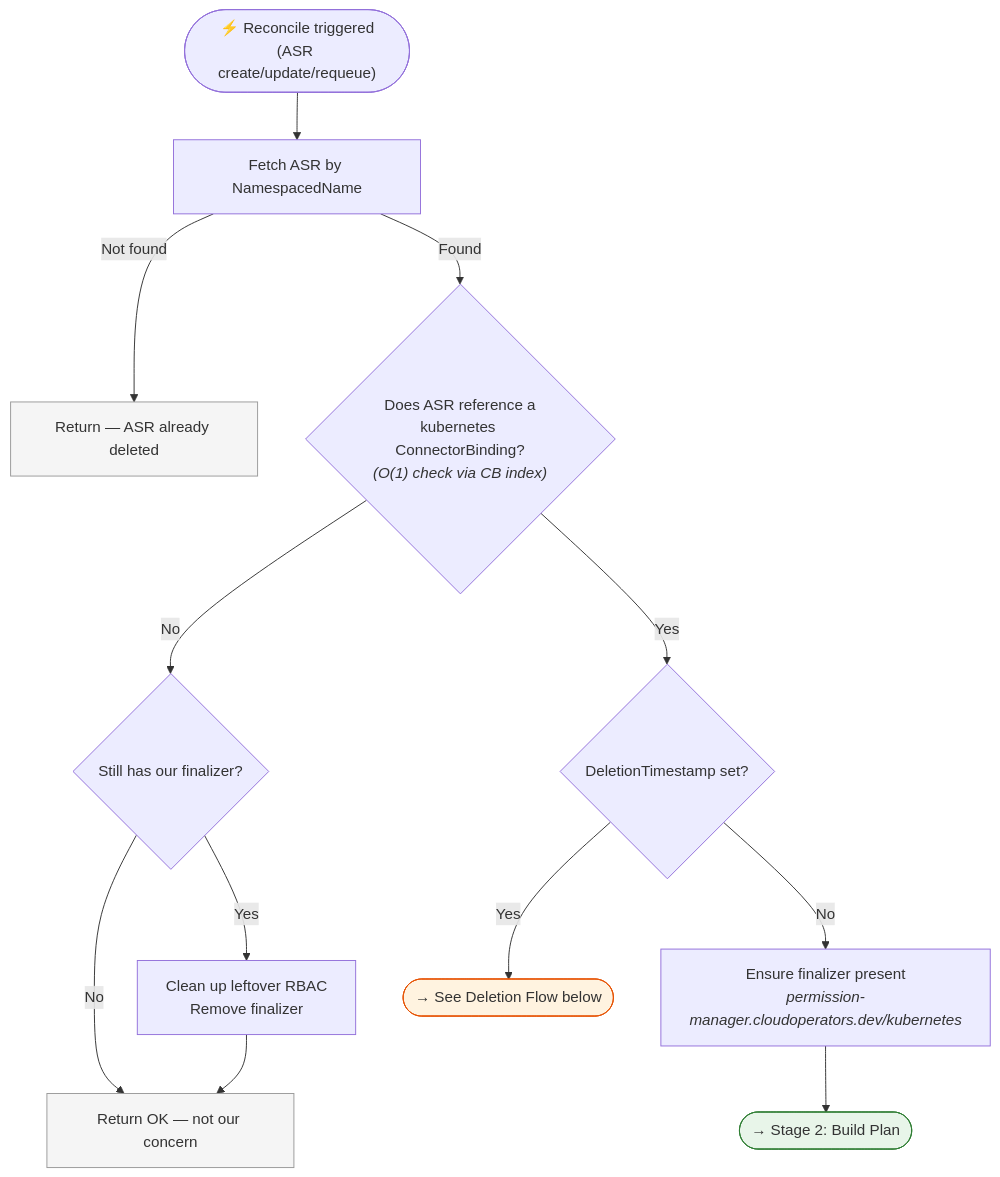
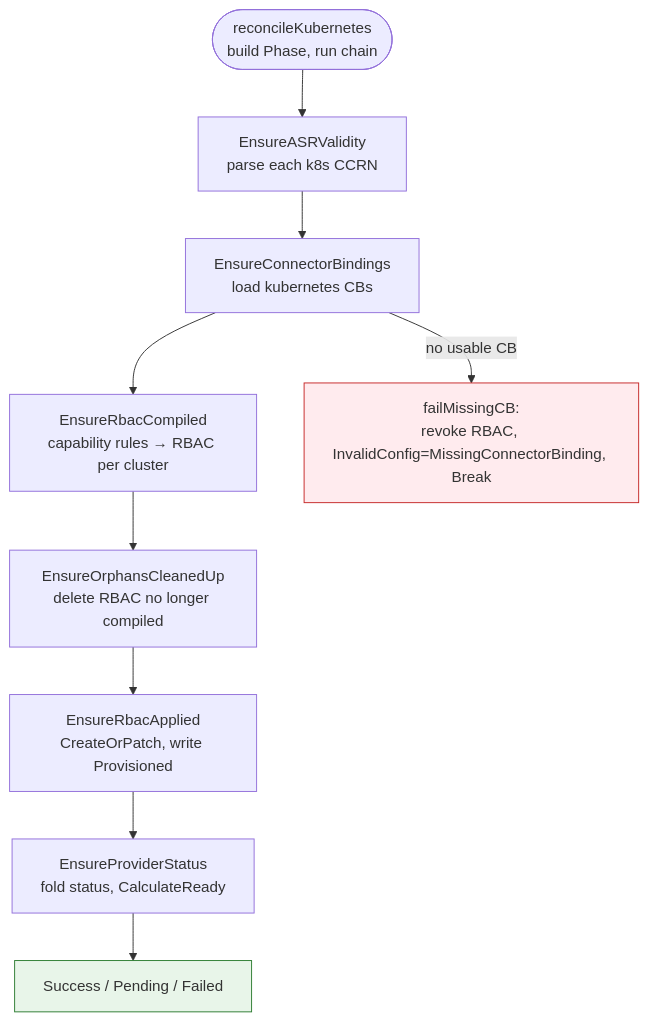
One commit to cloudoperators/permission-manager changed the third of 5 diagrams in docs/reconciler-flows.md. Above: the diagram before and after it, drawn with Mermaid. The commit also changed other lines of this file and 2 other files, not shown here.

First line of the commit message:
docs(provider/k8s): refresh reconciler-flows and fix drift after kubebuilder refactor (#89)

````diff
--- a/docs/reconciler-flows.md
+++ b/docs/reconciler-flows.md
@@ -87,33 +184,24 @@
 ```mermaid
 flowchart TD
-    START(["⚡ Reconcile triggered<br/>(ASR create/update/requeue)"])
+    START(["reconcileKubernetes<br/>build Phase, run chain"])
 
-    START --> FETCH["Fetch ASR by NamespacedName"]
-    FETCH -->|"Not found"| GONE["Return — ASR already deleted"]
+    START --> VALID["EnsureASRValidity<br/>parse each k8s CCRN"]
+    VALID --> BIND["EnsureConnectorBindings<br/>load kubernetes CBs"]
+    BIND --> COMPILE["EnsureRbacCompiled<br/>capability rules → RBAC per cluster"]
+    COMPILE --> ORPHAN["EnsureOrphansCleanedUp<br/>delete RBAC no longer compiled"]
+    ORPHAN --> APPLY["EnsureRbacApplied<br/>CreateOrPatch, write Provisioned"]
+    APPLY --> STATUS["EnsureProviderStatus<br/>fold status, CalculateReady"]
+    STATUS --> DONE["Success / Pending / Failed"]
 
-    FETCH -->|"Found"| RELEVANT{"Does ASR reference a<br/>kubernetes ConnectorBinding?<br/><i>(O(1) check via CB index)</i>"}
+    BIND -->|"no usable CB"| FAILCB["failMissingCB:<br/>revoke RBAC, InvalidConfig=MissingConnectorBinding, Break"]
 
-    RELEVANT -->|"No"| STALE{"Still has our finalizer?"}
-    STALE -->|"No"| SKIP["Return OK — not our concern"]
-    STALE -->|"Yes"| CLEANUP_STALE["Clean up leftover RBAC<br/>Remove finalizer"]
-    CLEANUP_STALE --> SKIP
+    click VALID "https://github.com/cloudoperators/permission-manager/blob/main/internal/provider/k8s/ensure_validity.go" "EnsureASRValidity"
+    click BIND "https://github.com/cloudoperators/permission-manager/blob/main/internal/provider/k8s/ensure_bindings.go" "EnsureConnectorBindings"
+    click COMPILE "https://github.com/cloudoperators/permission-manager/blob/main/internal/provider/k8s/ensure_compiled.go" "EnsureRbacCompiled"
+    click ORPHAN "https://github.com/cloudoperators/permission-manager/blob/main/internal/provider/k8s/ensure_orphans_removed.go" "EnsureOrphansCleanedUp"
+    click APPLY "https://github.com/cloudoperators/permission-manager/blob/main/internal/provider/k8s/ensure_applied.go" "EnsureRbacApplied"
+    click STATUS "https://github.com/cloudoperators/permission-manager/blob/main/internal/provider/k8s/ensure_status.go" "EnsureProviderStatus"
 
-    RELEVANT -->|"Yes"| DELETED{"DeletionTimestamp set?"}
-    DELETED -->|"Yes"| DEL_LINK(["→ See Deletion Flow below"])
-
-    DELETED -->|"No"| FINALIZER["Ensure finalizer present<br/><i>permission-manager.cloudoperators.dev/kubernetes</i>"]
-    FINALIZER --> STAGE2(["→ Stage 2: Build Plan"])
-
-    %% Code links
-    click FETCH "https://github.com/cloudoperators/permission-manager/blob/main/controller/internal/controller/kubernetes/reconciler.go#L82" "r.Get(ctx, req.NamespacedName, &asr)"
-    click RELEVANT "https://github.com/cloudoperators/permission-manager/blob/main/controller/internal/controller/kubernetes/reconciler.go#L91" "r.CBIndex.HasAnyKubernetesRef(asr.Spec.ConnectorRefs)"
-    click STALE "https://github.com/cloudoperators/permission-manager/blob/main/controller/internal/controller/kubernetes/reconciler.go#L94" "controllerutil.ContainsFinalizer(&asr, FinalizerKubernetes)"
-    click CLEANUP_STALE "https://github.com/cloudoperators/permission-manager/blob/main/controller/internal/controller/kubernetes/reconciler.go#L96" "Cleanup RBAC + remove finalizer"
-    click DELETED "https://github.com/cloudoperators/permission-manager/blob/main/controller/internal/controller/kubernetes/reconciler.go#L148" "!asr.DeletionTimestamp.IsZero()"
-    click FINALIZER "https://github.com/cloudoperators/permission-manager/blob/main/controller/internal/controller/kubernetes/reconciler.go#L200" "controllerutil.AddFinalizer + Patch"
-
-    style GONE fill:#f5f5f5,stroke:#999
-    style SKIP fill:#f5f5f5,stroke:#999
-    style DEL_LINK fill:#fff3e0,stroke:#e65100
-    style STAGE2 fill:#e8f5e9,stroke:#2e7d32
+    style DONE fill:#e8f5e9,stroke:#2e7d32
+    style FAILCB fill:#ffebee,stroke:#c62828
 ```
````
